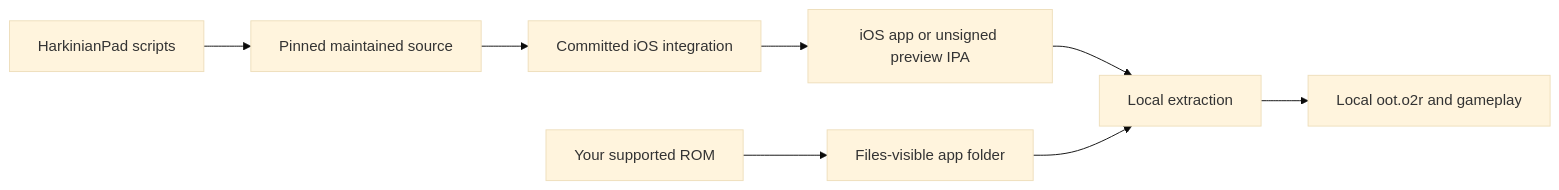
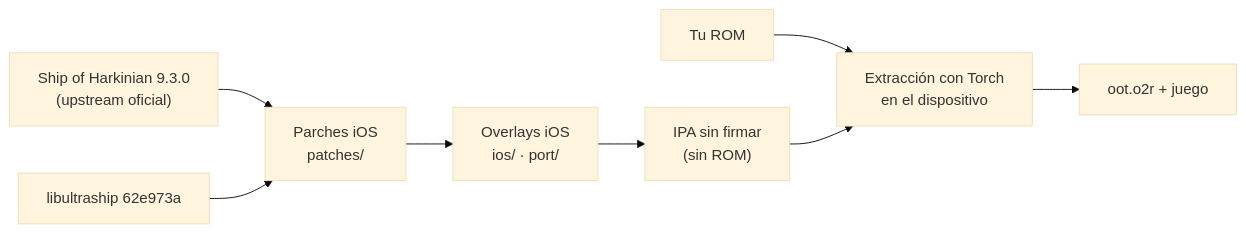
Before and after one commit to Mtbolanos/harkinianpad: the diagram in README.md, drawn with Mermaid (base theme). The commit also changed other lines of this file and 1 other file, not shown here.

````diff
--- a/README.md
+++ b/README.md
@@ -265,10 +133,10 @@
 ```mermaid
 flowchart LR
-    A["HarkinianPad scripts"] --> B["Pinned maintained source"]
-    B --> C["Committed iOS integration"]
-    C --> D["iOS app or unsigned preview IPA"]
-    E["Your supported ROM"] --> F["Files-visible app folder"]
-    D --> G["Local extraction"]
-    F --> G
-    G --> H["Local oot.o2r and gameplay"]
+    A["Ship of Harkinian 9.3.0<br>(upstream oficial)"] --> C["Parches iOS<br>patches/"]
+    B["libultraship 62e973a"] --> C
+    C --> D["Overlays iOS<br>ios/ · port/"]
+    D --> E["IPA sin firmar<br>(sin ROM)"]
+    F["Tu ROM"] --> G["Extracción con Torch<br>en el dispositivo"]
+    E --> G
+    G --> H["oot.o2r + juego"]
 ```
````
